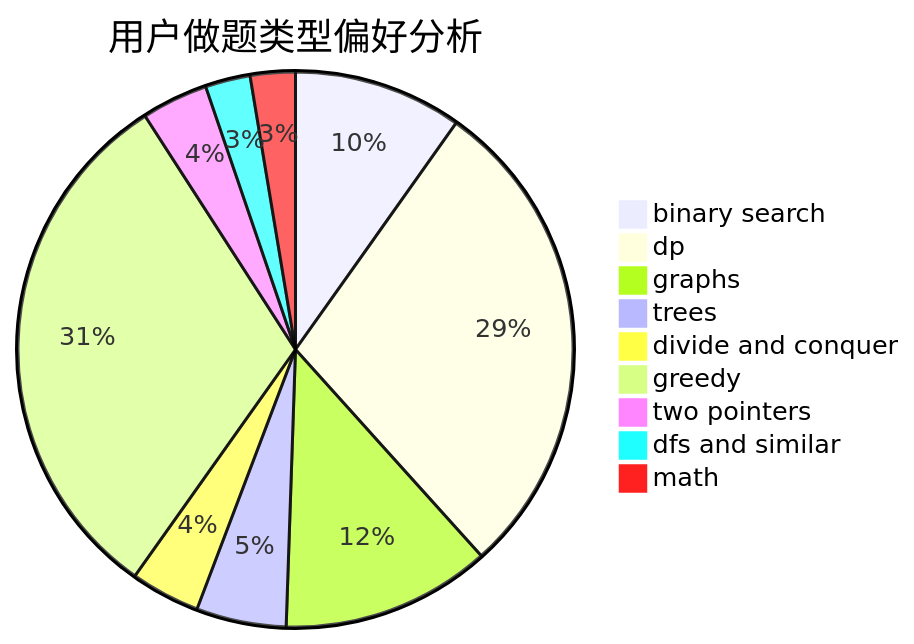
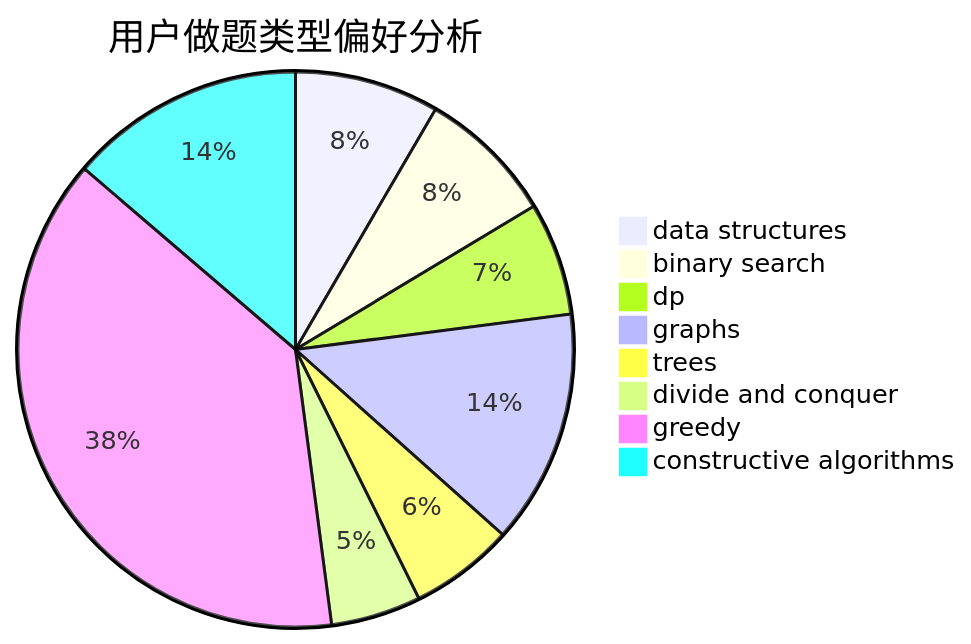
One commit to sherpahu/cfrs.github.io changed the second of 3 diagrams in docs/user/u428.md. Above: the diagram before and after it, drawn with Mermaid. The commit also changed other lines of this file and 2775 other files, not shown here.

````diff
--- a/docs/user/u428.md
+++ b/docs/user/u428.md
@@ -23,12 +23,11 @@
 ```mermaid
 pie title 用户做题类型偏好分析
-    "binary search" :  165
-    "dp" :  479
-    "graphs" :  205
-    "trees" :  88
-    "divide and conquer" :  68
-    "greedy" :  522
-    "two pointers" :  65
-    "dfs and similar" :  44
-    "math" :  44
+    "data structures" :  101
+    "binary search" :  96
+    "dp" :  79
+    "graphs" :  164
+    "trees" :  73
+    "divide and conquer" :  63
+    "greedy" :  461
+    "constructive algorithms" :  165
 ```
````
